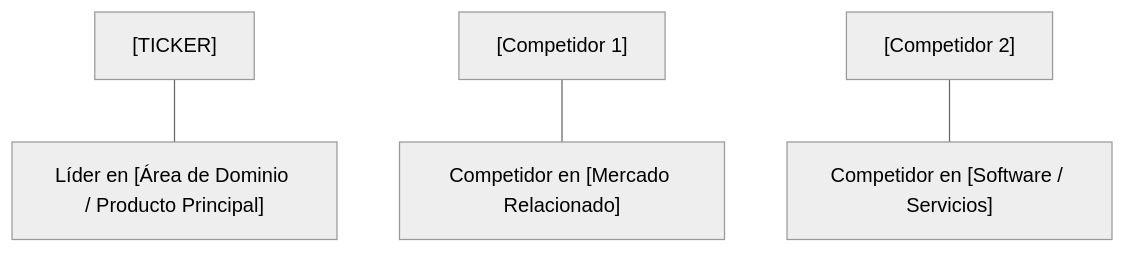
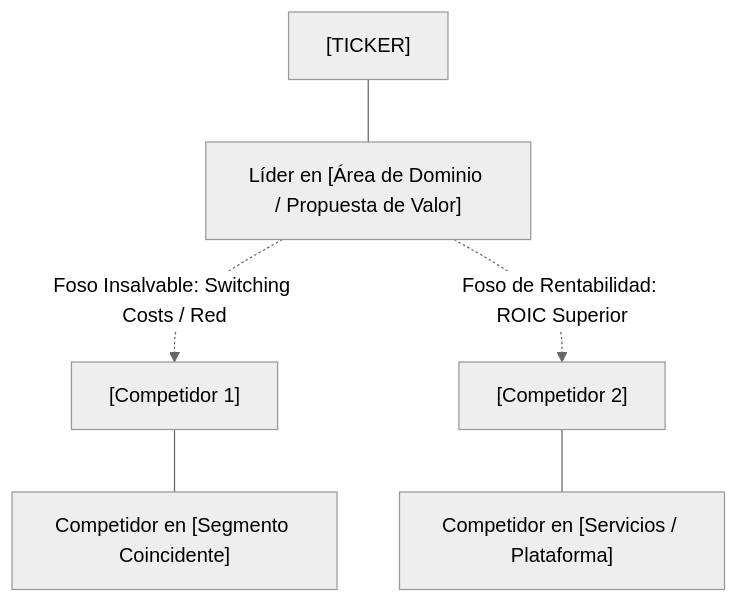
One commit to poolvc-dev/finance-cqv-find changed the first of 2 diagrams in inform/template.md. Above: the diagram before and after it, drawn with Mermaid (neutral theme). The commit also changed other lines of this file and 159 other files, not shown here.

````diff
--- a/inform/template.md
+++ b/inform/template.md
@@ -94,6 +106,9 @@
 ```mermaid
 graph TD
-    Sub1["[TICKER]"] --- Leader1["Líder en [Área de Dominio / Producto Principal]"]
-    Sub2["[Competidor 1]"] --- Leader2["Competidor en [Mercado Relacionado]"]
-    Sub3["[Competidor 2]"] --- Leader3["Competidor en [Software / Servicios]"]
+    Sub1["[TICKER]"] --- Leader1["Líder en [Área de Dominio / Propuesta de Valor]"]
+    Sub2["[Competidor 1]"] --- Leader2["Competidor en [Segmento Coincidente]"]
+    Sub3["[Competidor 2]"] --- Leader3["Competidor en [Servicios / Plataforma]"]
+
+    Leader1 -.->|Foso Insalvable: Switching Costs / Red| Sub2
+    Leader1 -.->|Foso de Rentabilidad: ROIC Superior| Sub3
 ```
````
